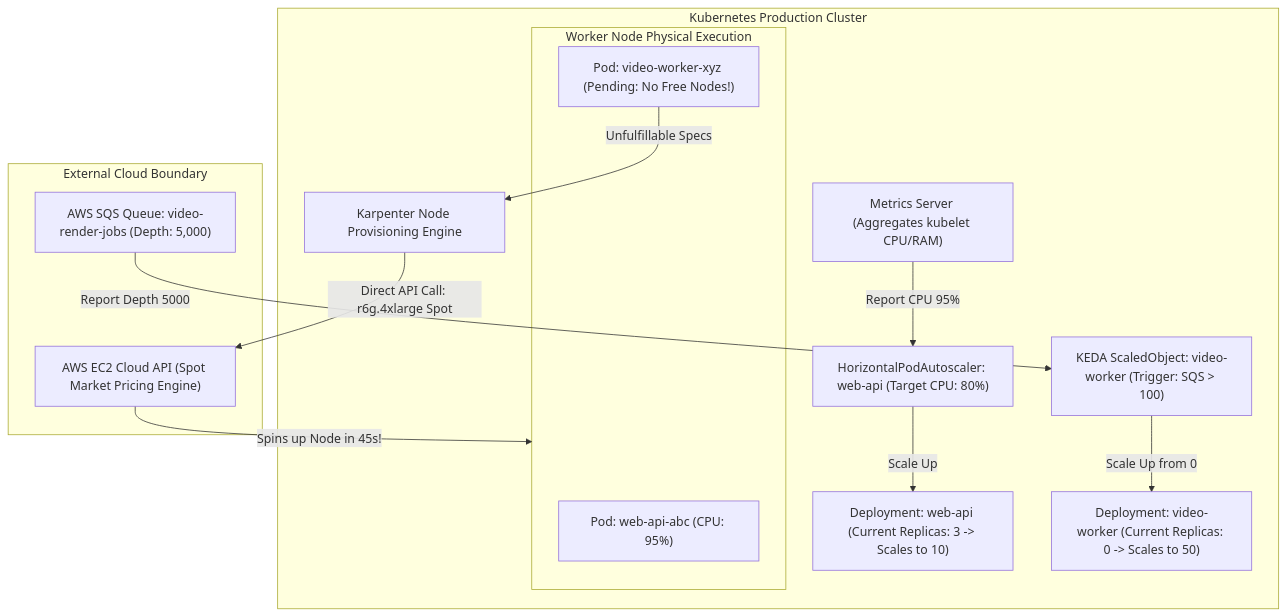
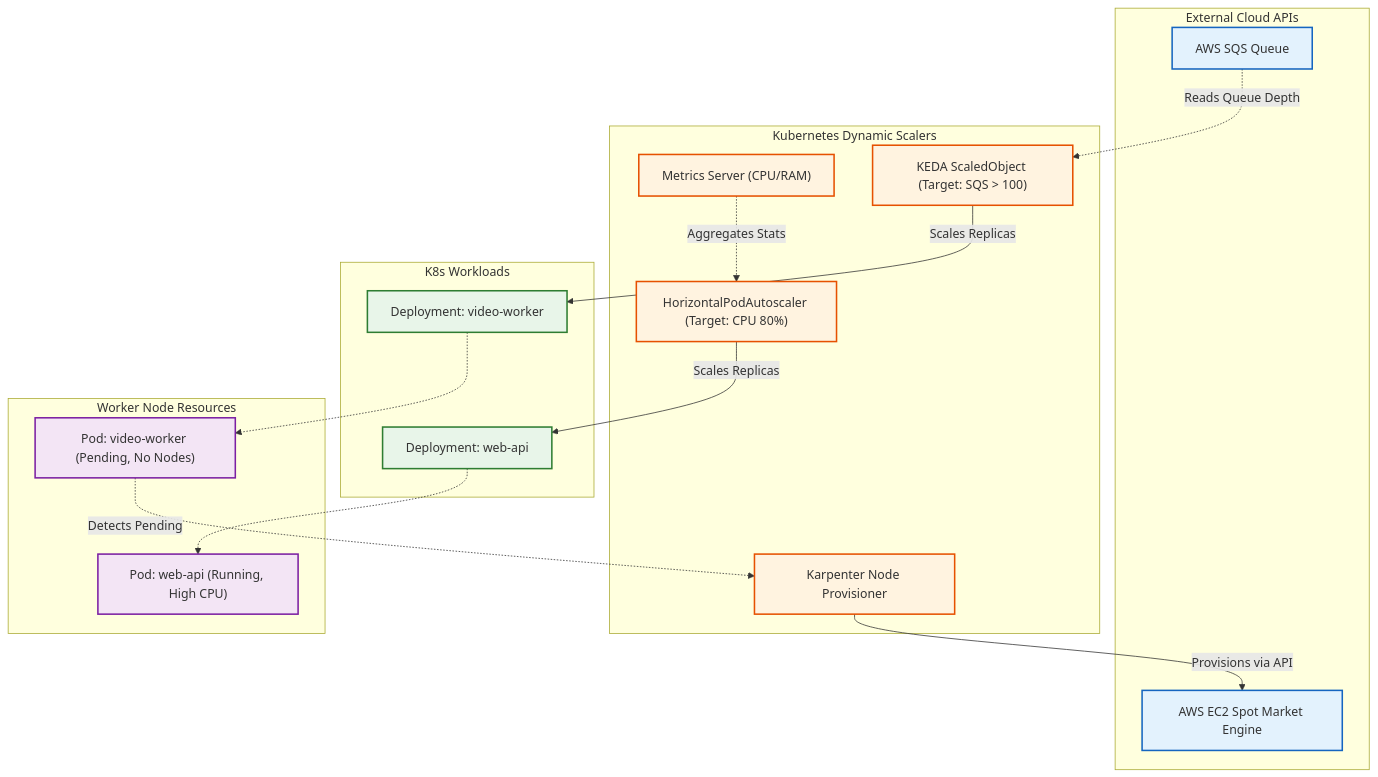
Before and after one commit to aloysiuspattath/platform-engineering-ai-course: the diagram in website/pages/courses/platform-engineering/modules/module-10/lesson-06.md, drawn with Mermaid. The commit also changed 114 other files, not shown here.

Commit message:
refactor: massive swarm diagram review enforcing architectural layers and strict color palette

````diff
--- a/website/pages/courses/platform-engineering/modules/module-10/lesson-06.md
+++ b/website/pages/courses/platform-engineering/modules/module-10/lesson-06.md
@@ -122,31 +122,46 @@
 ```mermaid
 flowchart TD
-    subgraph ExternalCloud [External Cloud Boundary]
-        SQS["AWS SQS Queue: video-render-jobs (Depth: 5,000)"]
-        EC2["AWS EC2 Cloud API (Spot Market Pricing Engine)"]
+    classDef cloud fill:#e3f2fd,stroke:#1565c0,stroke-width:2px;
+    classDef metrics fill:#fff3e0,stroke:#e65100,stroke-width:2px;
+    classDef scale fill:#e8f5e9,stroke:#2e7d32,stroke-width:2px;
+    classDef k8s fill:#f3e5f5,stroke:#7b1fa2,stroke-width:2px;
+
+    subgraph ExternalCloud [External Cloud APIs]
+        SQS["AWS SQS Queue"]
+        EC2["AWS EC2 Spot Market Engine"]
     end
 
-    subgraph K8sCluster [Kubernetes Production Cluster]
-        MS["Metrics Server (Aggregates kubelet CPU/RAM)"]
-        HPA["HorizontalPodAutoscaler: web-api (Target CPU: 80%)"]
-        KEDA["KEDA ScaledObject: video-worker (Trigger: SQS > 100)"]
-        KARP["Karpenter Node Provisioning Engine"]
+    subgraph ClusterAutoscaling [Kubernetes Dynamic Scalers]
+        MS["Metrics Server (CPU/RAM)"]
+        HPA["HorizontalPodAutoscaler (Target: CPU 80%)"]
+        KEDA["KEDA ScaledObject (Target: SQS > 100)"]
+        KARP["Karpenter Node Provisioner"]
         
-        DEP_WEB["Deployment: web-api (Current Replicas: 3 -> Scales to 10)"]
-        DEP_WRK["Deployment: video-worker (Current Replicas: 0 -> Scales to 50)"]
+        MS -.->|Aggregates Stats| HPA
+        SQS -.->|Reads Queue Depth| KEDA
+    end
+
+    subgraph ControlPlane [K8s Workloads]
+        DEP_WEB["Deployment: web-api"]
+        DEP_WRK["Deployment: video-worker"]
         
-        subgraph WorkerNodes [Worker Node Physical Execution]
-            POD1["Pod: web-api-abc (CPU: 95%)"]
-            POD2["Pod: video-worker-xyz (Pending: No Free Nodes!)"]
-        end
+        HPA -->|Scales Replicas| DEP_WEB
+        KEDA -->|Scales Replicas| DEP_WRK
+    end
+    
+    subgraph WorkerNodes [Worker Node Resources]
+        POD1["Pod: web-api (Running, High CPU)"]
+        POD2["Pod: video-worker (Pending, No Nodes)"]
+        
+        DEP_WEB -.-> POD1
+        DEP_WRK -.-> POD2
+        
+        POD2 -.->|Detects Pending| KARP
+        KARP -->|Provisions via API| EC2
+    end
 
-        MS -->|Report CPU 95%| HPA
-        HPA -->|Scale Up| DEP_WEB
-        SQS -->|Report Depth 5000| KEDA
-        KEDA -->|Scale Up from 0| DEP_WRK
-        
-        POD2 -->|Unfulfillable Specs| KARP
-        KARP -->|Direct API Call: r6g.4xlarge Spot| EC2
-        EC2 -->|Spins up Node in 45s!| WorkerNodes
-    end
+    class SQS,EC2 cloud;
+    class MS,HPA,KEDA,KARP metrics;
+    class DEP_WEB,DEP_WRK scale;
+    class POD1,POD2 k8s;
 ```
````
